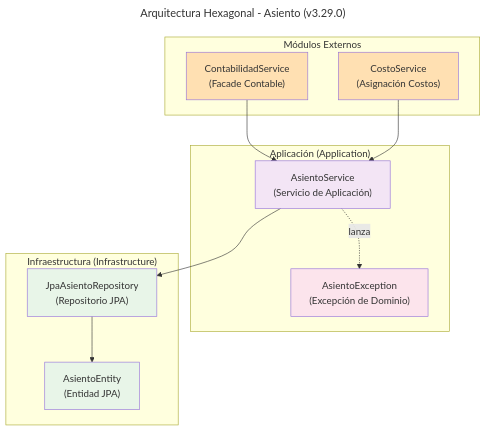
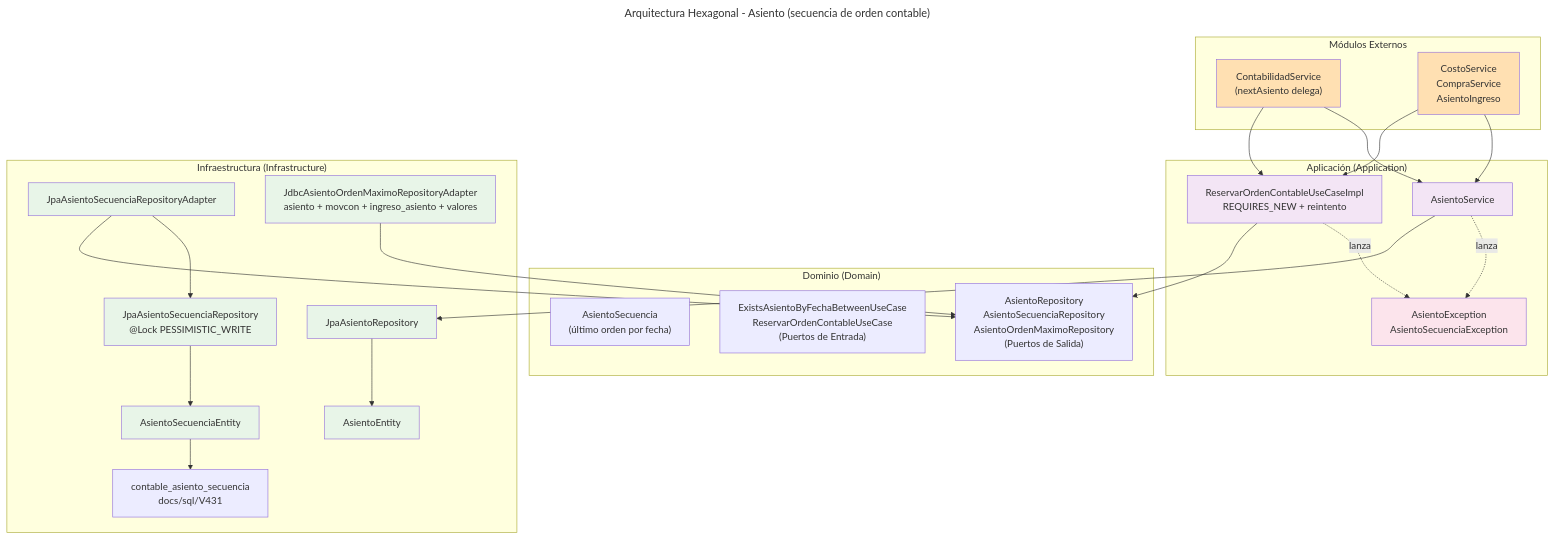
The diagram in docs/hexagonal-asiento.mmd (UM-services/UM.tesoreria.core-service), drawn with Mermaid before and after one commit. The commit also changed 84 other files, not shown here.

First line of the commit message:
feat(contable/asiento): orden contable y asientos nuevos

```diff
--- a/docs/hexagonal-asiento.mmd
+++ b/docs/hexagonal-asiento.mmd
@@ -1,31 +1,57 @@
 ---
-title: Arquitectura Hexagonal - Asiento (v3.29.0)
+title: Arquitectura Hexagonal - Asiento (secuencia de orden contable)
 ---
 flowchart TD
+    subgraph Dominio ["Dominio (Domain)"]
+        M["AsientoSecuencia<br/>(último orden por fecha)"]
+        IN["ExistsAsientoByFechaBetweenUseCase<br/>ReservarOrdenContableUseCase<br/>(Puertos de Entrada)"]
+        OUT["AsientoRepository<br/>AsientoSecuenciaRepository<br/>AsientoOrdenMaximoRepository<br/>(Puertos de Salida)"]
+    end
+
     subgraph Aplicacion ["Aplicación (Application)"]
-        S["AsientoService<br/>(Servicio de Aplicación)"]
-        E["AsientoException<br/>(Excepción de Dominio)"]
+        S["AsientoService"]
+        R["ReservarOrdenContableUseCaseImpl<br/>REQUIRES_NEW + reintento"]
+        E["AsientoException<br/>AsientoSecuenciaException"]
     end
 
     subgraph Infraestructura ["Infraestructura (Infrastructure)"]
-        R["JpaAsientoRepository<br/>(Repositorio JPA)"]
-        Ent["AsientoEntity<br/>(Entidad JPA)"]
+        Repo["JpaAsientoRepository"]
+        Ent["AsientoEntity"]
+        AdpSec["JpaAsientoSecuenciaRepositoryAdapter"]
+        RepoSec["JpaAsientoSecuenciaRepository<br/>@Lock PESSIMISTIC_WRITE"]
+        EntSec["AsientoSecuenciaEntity"]
+        Max["JdbcAsientoOrdenMaximoRepositoryAdapter<br/>asiento + movcon + ingreso_asiento + valores"]
+        Tabla["contable_asiento_secuencia<br/>docs/sql/V431"]
     end
 
     subgraph Externa ["Módulos Externos"]
-        CS["ContabilidadService<br/>(Facade Contable)"]
-        CO["CostoService<br/>(Asignación Costos)"]
+        CS["ContabilidadService<br/>(nextAsiento delega)"]
+        CO["CostoService<br/>CompraService<br/>AsientoIngreso"]
     end
 
+    CS --> R
+    CO --> R
     CS --> S
     CO --> S
-    S --> R
-    R --> Ent
+    R --> OUT
+    S --> Repo
+    Repo --> Ent
+    AdpSec --> OUT
+    AdpSec --> RepoSec
+    RepoSec --> EntSec
+    EntSec --> Tabla
+    Max --> OUT
     S -.->|"lanza"| E
+    R -.->|"lanza"| E
 
     style S fill:#f3e5f5
+    style R fill:#f3e5f5
     style E fill:#fce4ec
     style CS fill:#ffe0b2
     style CO fill:#ffe0b2
-    style R fill:#e8f5e8
+    style Repo fill:#e8f5e8
     style Ent fill:#e8f5e8
+    style AdpSec fill:#e8f5e8
+    style RepoSec fill:#e8f5e8
+    style EntSec fill:#e8f5e8
+    style Max fill:#e8f5e8
```
